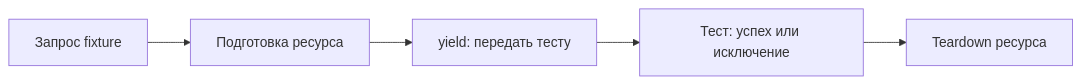
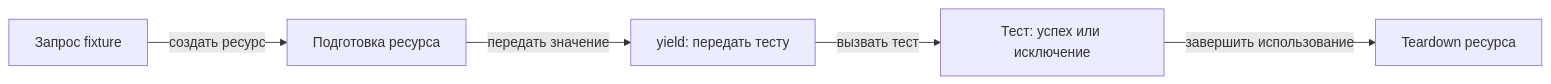
Before and after one commit to IAMN1/devrefsnap: the diagram in python/testing/pytest/README.md, drawn with Mermaid. The commit also changed other lines of this file and 33 other files, not shown here.

````diff
--- a/python/testing/pytest/README.md
+++ b/python/testing/pytest/README.md
@@ -73,7 +122,7 @@
 ```mermaid
 flowchart LR
-    A[Запрос fixture] --> B[Подготовка ресурса]
-    B --> C[yield: передать тесту]
-    C --> D[Тест: успех или исключение]
-    D --> E[Teardown ресурса]
+    A[Запрос fixture] -->|создать ресурс| B[Подготовка ресурса]
+    B -->|передать значение| C[yield: передать тесту]
+    C -->|вызвать тест| D[Тест: успех или исключение]
+    D -->|завершить использование| E[Teardown ресурса]
 ```
````
